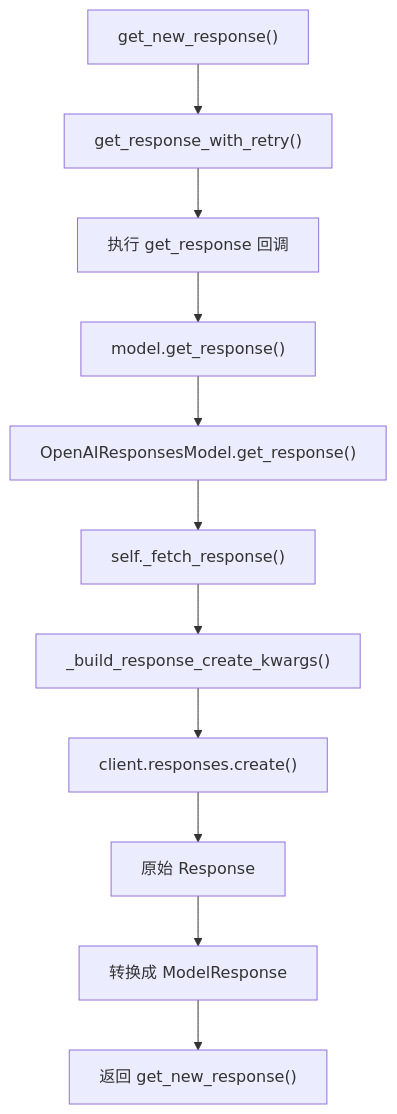
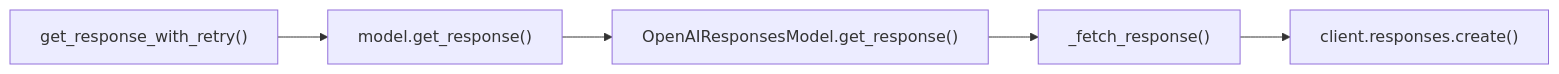
One commit to Codefreyy/openai-agents-sdk-learn changed the fourth of 5 diagrams in notes_optimized.md. Above: the diagram before and after it, drawn with Mermaid. The commit also changed other lines of this file, not shown here.

````diff
--- a/notes_optimized.md
+++ b/notes_optimized.md
@@ -941,18 +879,7 @@
 ```mermaid
-flowchart TD
-    A["get_new_response()"]
-    B["get_response_with_retry()"]
-    C["执行 get_response 回调"]
-    D["model.get_response()"]
-    E["OpenAIResponsesModel.get_response()"]
-    F["self._fetch_response()"]
-    G["_build_response_create_kwargs()"]
-    H["client.responses.create()"]
-    I["原始 Response"]
-    J["转换成 ModelResponse"]
-    K["返回 get_new_response()"]
-
-    A --> B --> C --> D --> E
-    E --> F --> G --> H
-    H --> I --> J --> K
+flowchart LR
+    A["get_response_with_retry()"] --> B["model.get_response()"]
+    B --> C["OpenAIResponsesModel.get_response()"]
+    C --> D["_fetch_response()"]
+    D --> E["client.responses.create()"]
 ```
````
